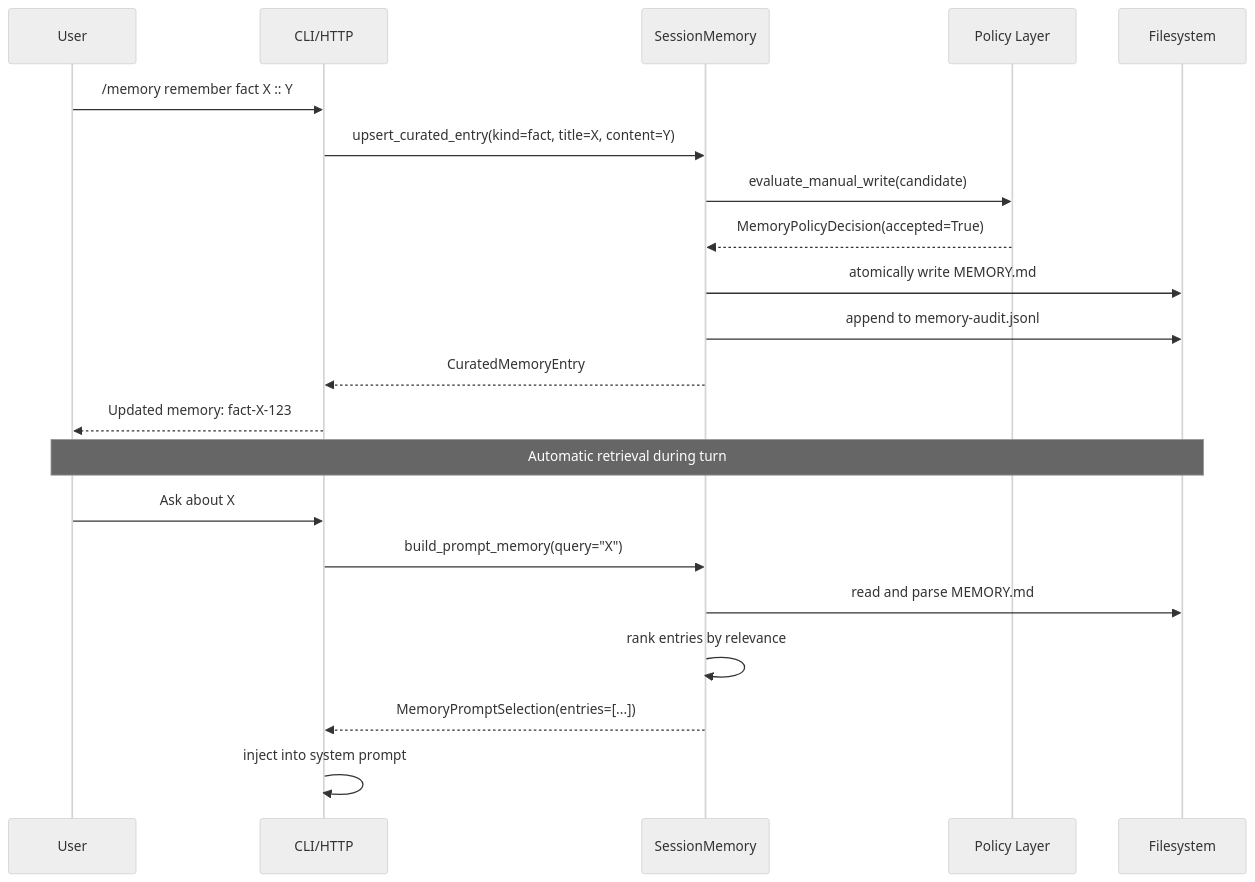
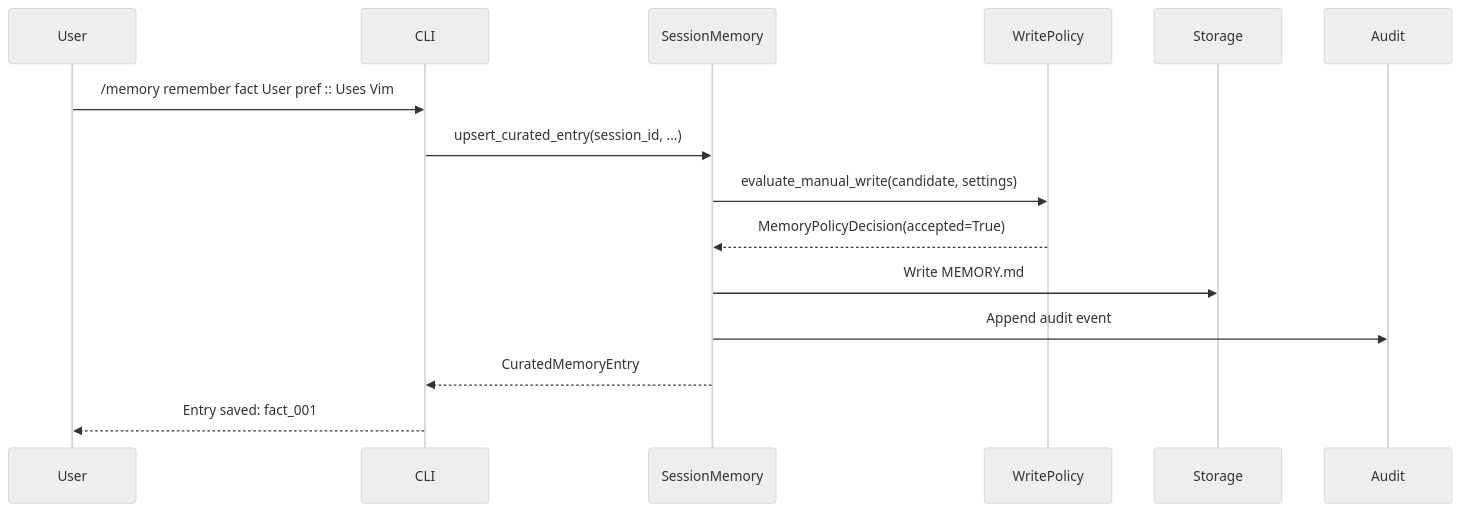
One commit to lastweek/nano-claw changed the fourth of 5 diagrams in docs/memory.md. Above: the diagram before and after it, drawn with Mermaid (neutral theme). The commit also changed other lines of this file and 1 other file, not shown here.

First line of the commit message:
docs: comprehensive rewrite of Agent Memory documentation

````diff
--- a/docs/memory.md
+++ b/docs/memory.md
@@ -191,25 +512,18 @@
 ```mermaid
 sequenceDiagram
     participant User
-    participant CLI as CLI/HTTP
-    participant Store as SessionMemory
-    participant Policy as Policy Layer
-    participant FS as Filesystem
+    participant CLI
+    participant SessionMemory
+    participant WritePolicy
+    participant Storage
+    participant Audit
 
-    User->>CLI: /memory remember fact X :: Y
-    CLI->>Store: upsert_curated_entry(kind=fact, title=X, content=Y)
-    Store->>Policy: evaluate_manual_write(candidate)
-    Policy-->>Store: MemoryPolicyDecision(accepted=True)
-    Store->>FS: atomically write MEMORY.md
-    Store->>FS: append to memory-audit.jsonl
-    Store-->>CLI: CuratedMemoryEntry
-    CLI-->>User: Updated memory: fact-X-123
-
-    Note over User,FS: Automatic retrieval during turn
-    User->>CLI: Ask about X
-    CLI->>Store: build_prompt_memory(query="X")
-    Store->>FS: read and parse MEMORY.md
-    Store->>Store: rank entries by relevance
-    Store-->>CLI: MemoryPromptSelection(entries=[...])
-    CLI->>CLI: inject into system prompt
+    User->>CLI: /memory remember fact User pref :: Uses Vim
+    CLI->>SessionMemory: upsert_curated_entry(session_id, ...)
+    SessionMemory->>WritePolicy: evaluate_manual_write(candidate, settings)
+    WritePolicy-->>SessionMemory: MemoryPolicyDecision(accepted=True)
+    SessionMemory->>Storage: Write MEMORY.md
+    SessionMemory->>Audit: Append audit event
+    SessionMemory-->>CLI: CuratedMemoryEntry
+    CLI-->>User: Entry saved: fact_001
 ```
````
